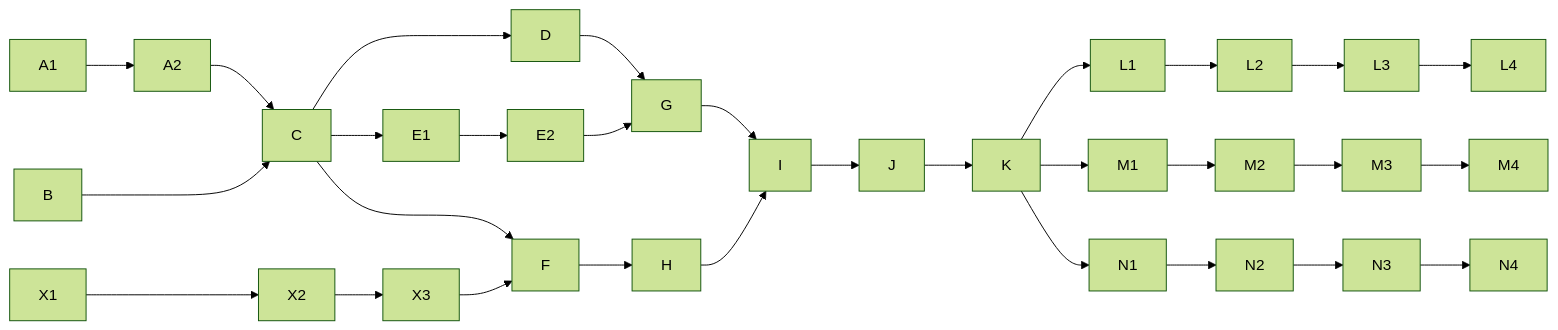
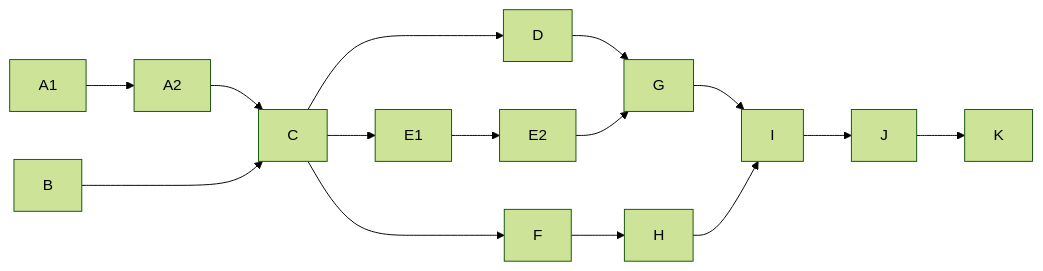
The diagram in README.md (wojiaojsjzs/data-hamal), drawn with Mermaid (forest theme) before and after one commit. The commit also changed other lines of this file and 17 other files, not shown here.

````diff
--- a/README.md
+++ b/README.md
@@ -110,25 +111,18 @@
 ```mermaid
 flowchart LR
     A1 --> A2
     A2 --> C
     B ---> C
     C  --> D
     D  --> G
     C  --> F
     C  --> E1
     E1 --> E2
     E2 --> G
     F  --> H
     G  --> I
     H  --> I
     I  --> J
     J  --> K
     
-    
-    F 
-    X1 ---> X2 --> X3  --> F
-    
-    K  --> L1  --> L2 --> L3 --> L4
-    K  --> M1  --> M2 --> M3 --> M4
-    K  --> N1  --> N2 --> N3 --> N4
 ```
````
